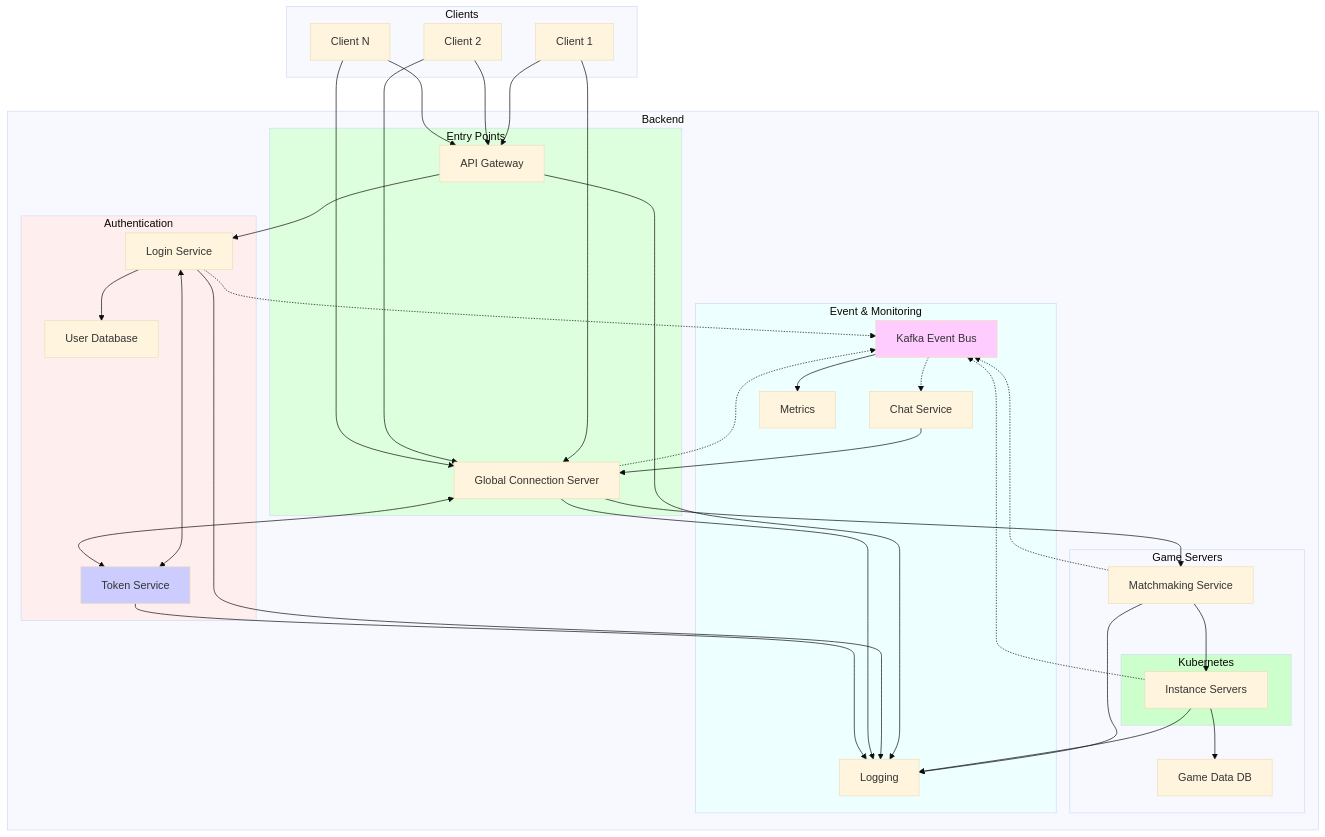
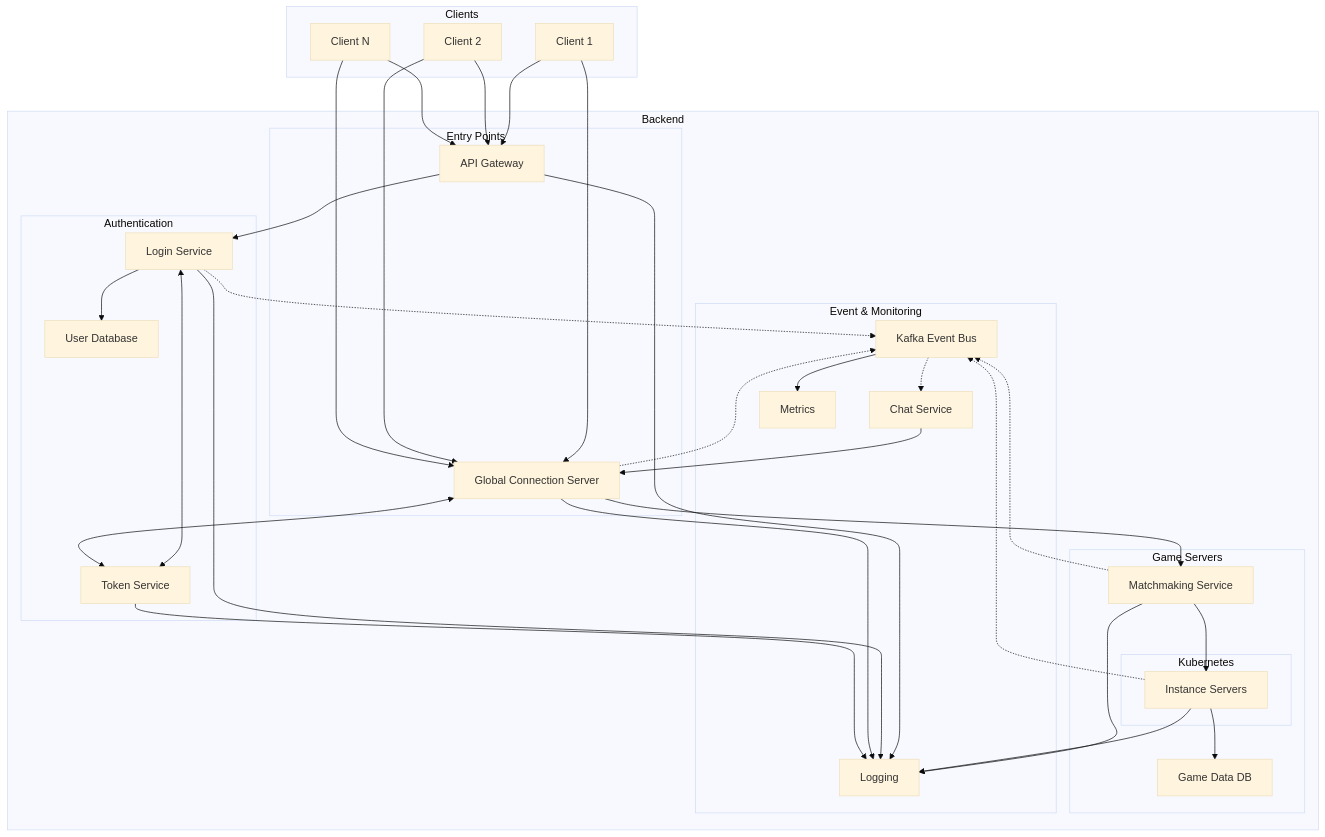
Before and after one commit to jasongoodwin/game-backend-rs: the diagram in README.md, drawn with Mermaid (base theme).

````diff
--- a/README.md
+++ b/README.md
@@ -3,68 +3,61 @@
 ``` mermaid
 graph TB
     subgraph Clients
         C1[Client 1]
         C2[Client 2]
         C3[Client N]
     end
 
     subgraph Backend
         subgraph EntryPoint[Entry Points]
             AG[API Gateway]
             GCS[Global Connection Server]
         end
 
         subgraph Auth[Authentication]
             LS[Login Service]
             DB[User Database]
             TS[Token Service]
         end
 
         subgraph GameServers[Game Servers]
             MS[Matchmaking Service]
             subgraph K8S[Kubernetes]
                 IS[Instance Servers]
             end
             GD[Game Data DB]
         end
 
         subgraph EventSystem[Event & Monitoring]
             K[Kafka Event Bus]
             CS[Chat Service]
             M[Metrics]
             L[Logging]
         end
     end
 
     %% Main flows
     C1 & C2 & C3 --> AG
     C1 & C2 & C3 --> GCS
     
     %% Auth flow
     AG --> LS
     LS --> DB
     LS <--> TS
     GCS <--> TS
     
     %% Game flow
     GCS --> MS
     MS --> IS
     IS --> GD
 
     %% Event system
     GCS & LS & MS & IS -.-> K
     K -.-> CS
     CS --> GCS
     K --> M
 
     %% Logging
     AG & LS & GCS & MS & IS & TS --> L
 
-    %% Styling
-    style TS fill:#ccf
-    style K fill:#fcf
-    style K8S fill:#cfc
-    style Auth fill:#fee
-    style EntryPoint fill:#dfd
-    style EventSystem fill:#eff
 ```
````
